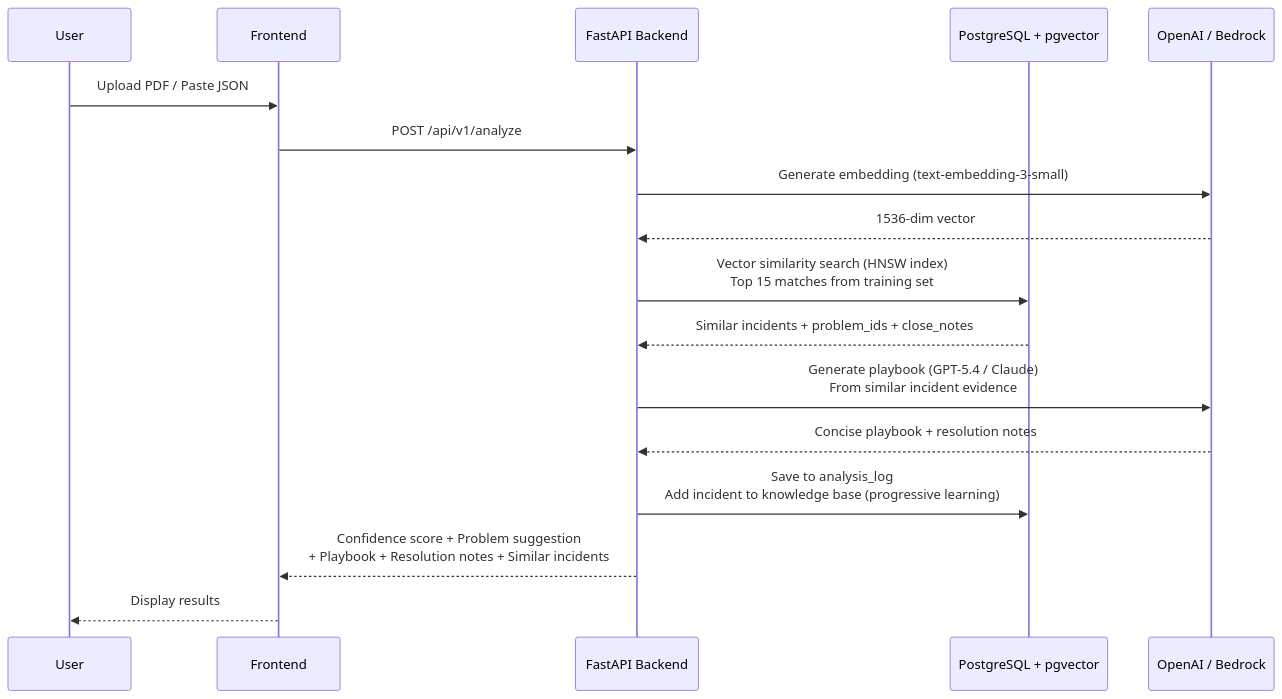
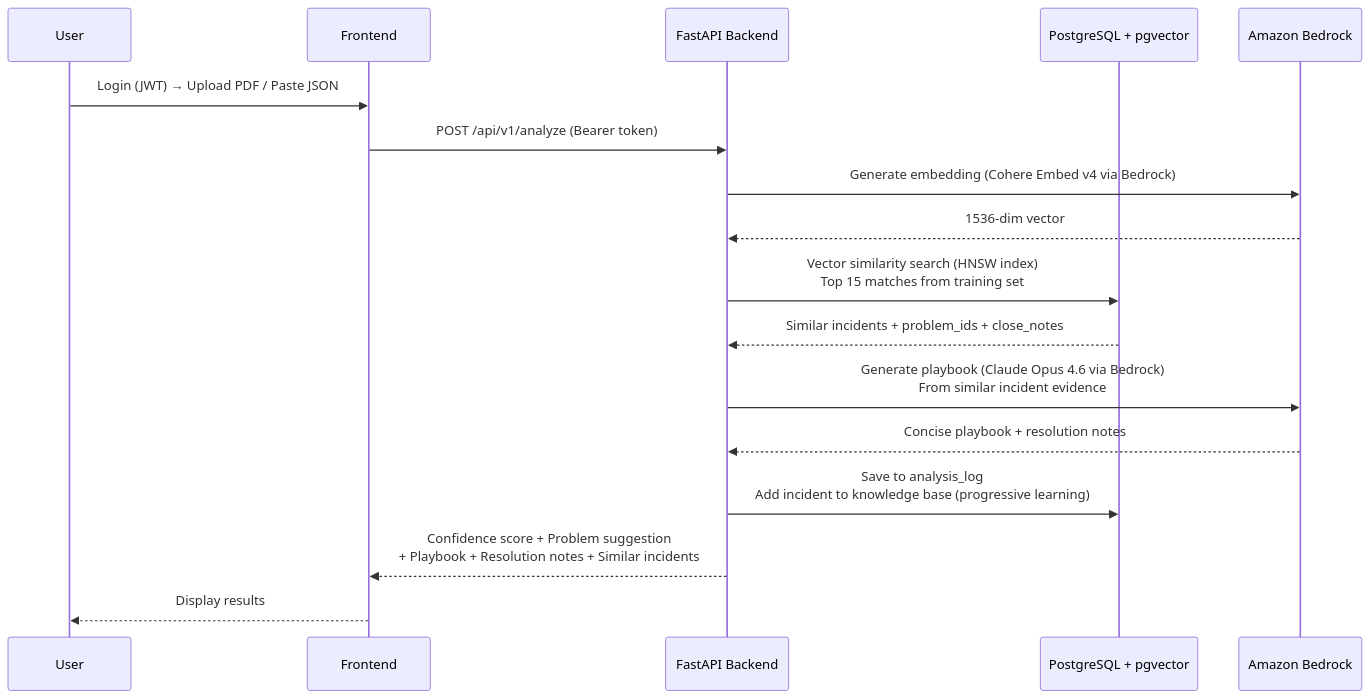
Before and after one commit to bounteousyogesh/rexus: the second of 4 diagrams in docs/deployment-architecture-aws.md, drawn with Mermaid. The commit also changed other lines of this file and 65 other files, not shown here.

Commit message:
updated version of the app with login and bedrock integration

````diff
--- a/docs/deployment-architecture-aws.md
+++ b/docs/deployment-architecture-aws.md
@@ -51,25 +57,25 @@
 ```mermaid
 sequenceDiagram
     participant User
     participant Frontend
     participant API as FastAPI Backend
     participant DB as PostgreSQL + pgvector
-    participant LLM as OpenAI / Bedrock
+    participant LLM as Amazon Bedrock
 
-    User->>Frontend: Upload PDF / Paste JSON
-    Frontend->>API: POST /api/v1/analyze
+    User->>Frontend: Login (JWT) → Upload PDF / Paste JSON
+    Frontend->>API: POST /api/v1/analyze (Bearer token)
 
-    API->>LLM: Generate embedding (text-embedding-3-small)
+    API->>LLM: Generate embedding (Cohere Embed v4 via Bedrock)
     LLM-->>API: 1536-dim vector
 
     API->>DB: Vector similarity search (HNSW index)<br/>Top 15 matches from training set
     DB-->>API: Similar incidents + problem_ids + close_notes
 
-    API->>LLM: Generate playbook (GPT-5.4 / Claude)<br/>From similar incident evidence
+    API->>LLM: Generate playbook (Claude Opus 4.6 via Bedrock)<br/>From similar incident evidence
     LLM-->>API: Concise playbook + resolution notes
 
     API->>DB: Save to analysis_log<br/>Add incident to knowledge base (progressive learning)
 
     API-->>Frontend: Confidence score + Problem suggestion<br/>+ Playbook + Resolution notes + Similar incidents
     Frontend-->>User: Display results
 ```
````
